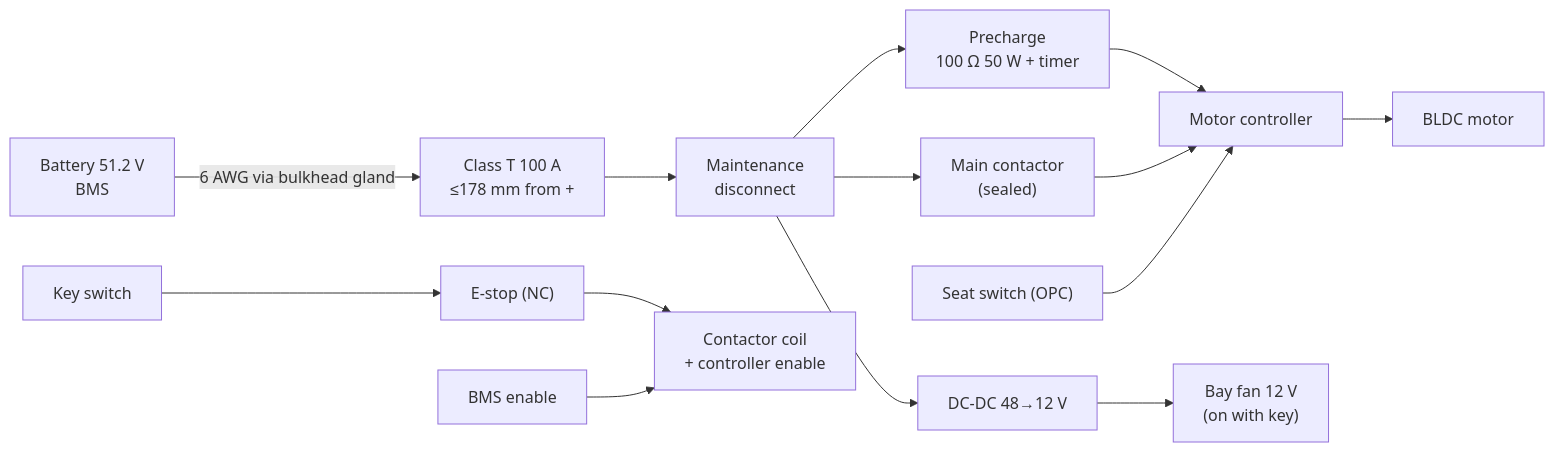
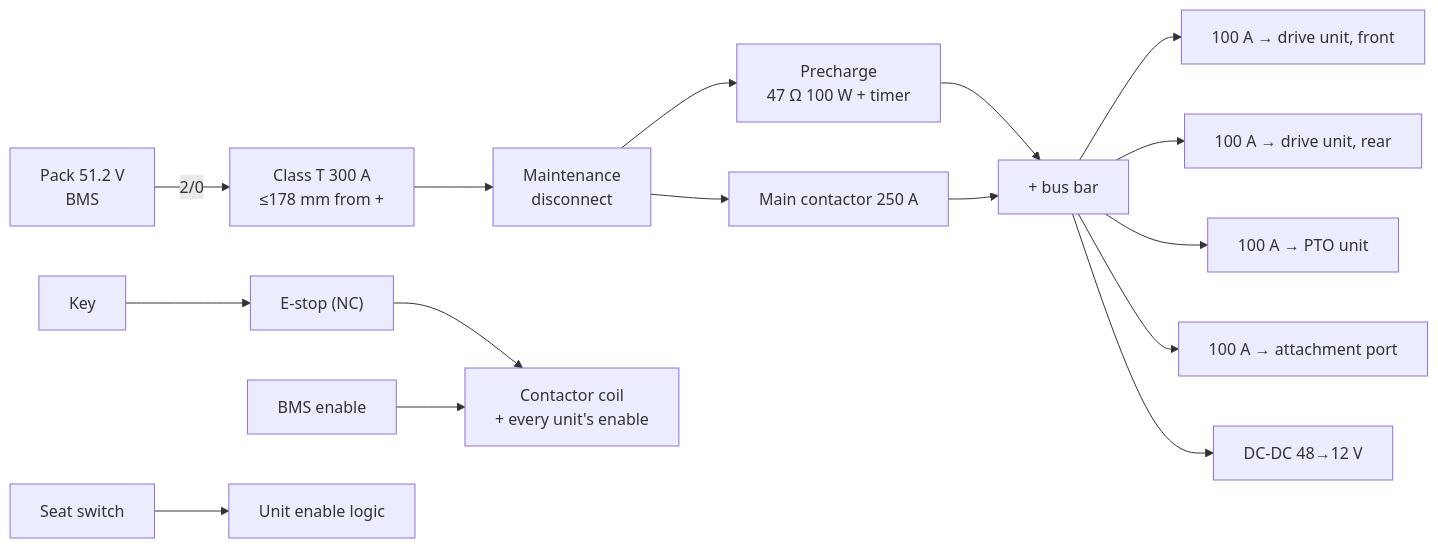
Before and after one commit to zacharyelston/EOx: the diagram in docs/powerbox.md, drawn with Mermaid. The commit also changed other lines of this file and 30 other files, not shown here.

````diff
--- a/docs/powerbox.md
+++ b/docs/powerbox.md
@@ -109,15 +64,17 @@
 ```mermaid
 flowchart LR
-  B["Battery 51.2 V<br/>BMS"] -->|"6 AWG via bulkhead gland"| F["Class T 100 A<br/>≤178 mm from +"]
+  B["Pack 51.2 V<br/>BMS"] -->|"2/0"| F["Class T 300 A<br/>≤178 mm from +"]
   F --> D["Maintenance<br/>disconnect"]
-  D --> K["Main contactor<br/>(sealed)"]
-  D --> P["Precharge<br/>100 Ω 50 W + timer"]
-  P --> C
-  K --> C["Motor controller"]
-  C --> M["BLDC motor"]
-  D --> DC["DC-DC 48→12 V"]
-  DC --> FAN["Bay fan 12 V<br/>(on with key)"]
-  KEY["Key switch"] --> ES["E-stop (NC)"] --> COIL["Contactor coil<br/>+ controller enable"]
+  D --> K["Main contactor 250 A"]
+  D --> P["Precharge<br/>47 Ω 100 W + timer"]
+  P --> BUS
+  K --> BUS["+ bus bar"]
+  BUS --> B1["100 A → drive unit, front"]
+  BUS --> B2["100 A → drive unit, rear"]
+  BUS --> B3["100 A → PTO unit"]
+  BUS --> B4["100 A → attachment port"]
+  BUS --> DC["DC-DC 48→12 V"]
+  KEY["Key"] --> ES["E-stop (NC)"] --> COIL["Contactor coil<br/>+ every unit's enable"]
   BMS["BMS enable"] --> COIL
-  SEAT["Seat switch (OPC)"] --> C
+  SEAT["Seat switch"] --> EN["Unit enable logic"]
 ```
````
